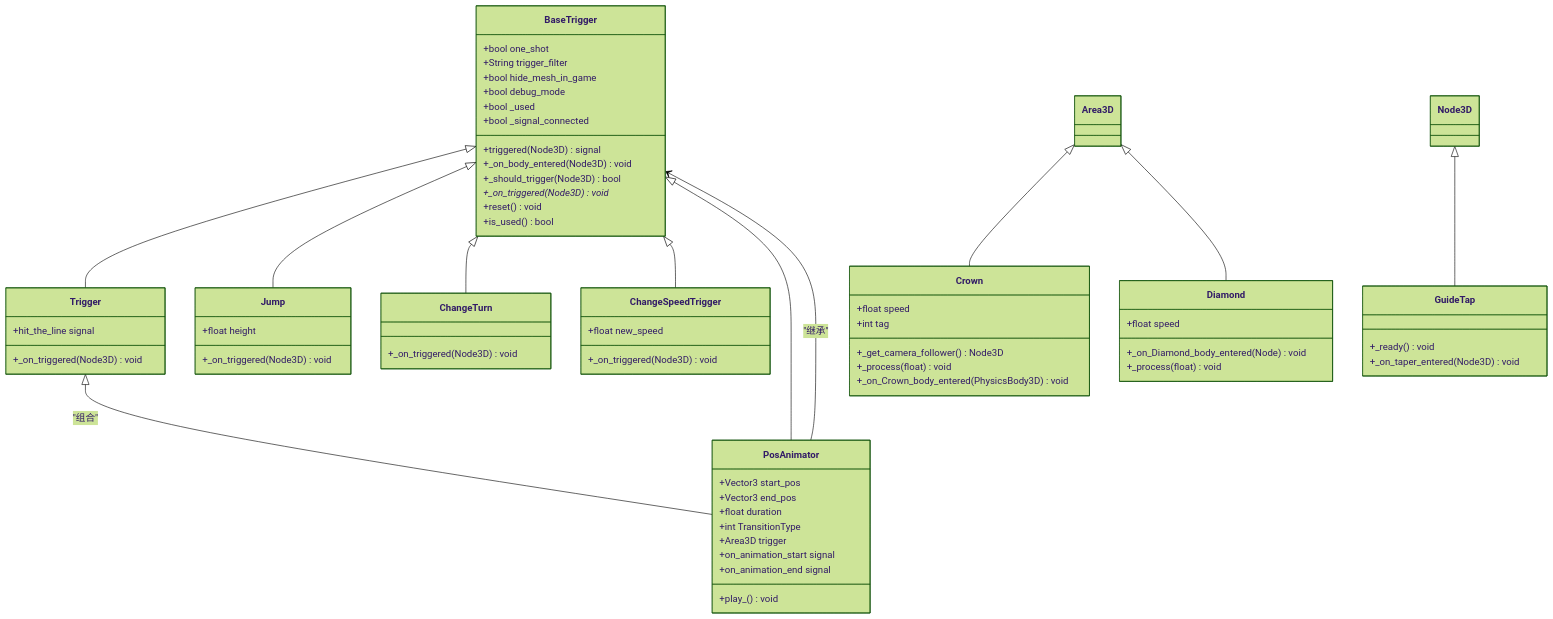
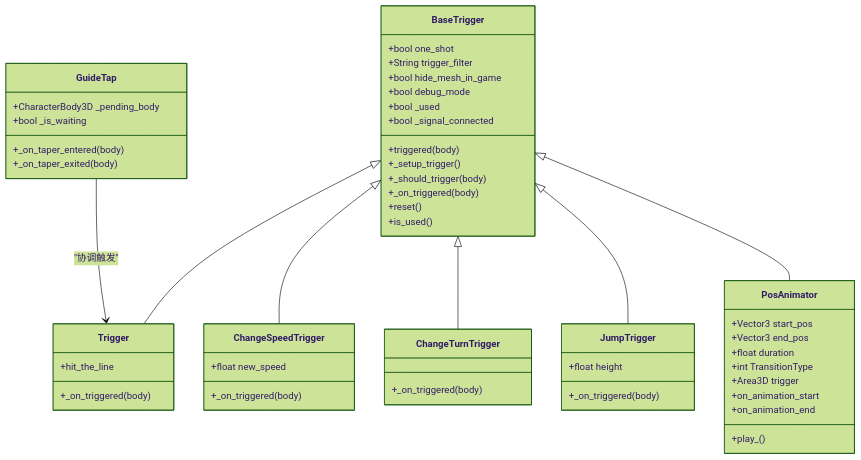
Before and after one commit to godotline/godot-line: the second of 7 diagrams in .qoder/repowiki/zh/content/游戏系统/触发器系统/引导触发器.md, drawn with Mermaid (forest theme). The commit also changed other lines of this file and 212 other files, not shown here.

````diff
--- a/.qoder/repowiki/zh/content/游戏系统/触发器系统/引导触发器.md
+++ b/.qoder/repowiki/zh/content/游戏系统/触发器系统/引导触发器.md
@@ -120,68 +122,54 @@
 ```mermaid
 classDiagram
 class BaseTrigger {
 +bool one_shot
 +String trigger_filter
 +bool hide_mesh_in_game
 +bool debug_mode
 +bool _used
 +bool _signal_connected
-+triggered(Node3D) signal
-+_on_body_entered(Node3D) void
-+_should_trigger(Node3D) bool
-+_on_triggered(Node3D) void*
-+reset() void
-+is_used() bool
++triggered(body)
++_setup_trigger()
++_should_trigger(body)
++_on_triggered(body)
++reset()
++is_used()
 }
 class Trigger {
-+hit_the_line signal
-+_on_triggered(Node3D) void
-}
-class Jump {
-+float height
-+_on_triggered(Node3D) void
-}
-class ChangeTurn {
-+_on_triggered(Node3D) void
++hit_the_line
++_on_triggered(body)
 }
 class ChangeSpeedTrigger {
 +float new_speed
-+_on_triggered(Node3D) void
++_on_triggered(body)
 }
-class Crown {
-+float speed
-+int tag
-+_get_camera_follower() Node3D
-+_process(float) void
-+_on_Crown_body_entered(PhysicsBody3D) void
+class ChangeTurnTrigger {
++_on_triggered(body)
 }
-class Diamond {
-+float speed
-+_on_Diamond_body_entered(Node) void
-+_process(float) void
+class JumpTrigger {
++float height
++_on_triggered(body)
 }
 class PosAnimator {
 +Vector3 start_pos
 +Vector3 end_pos
 +float duration
 +int TransitionType
 +Area3D trigger
-+on_animation_start signal
-+on_animation_end signal
-+play_() void
++on_animation_start
++on_animation_end
++play_()
 }
 class GuideTap {
-+_ready() void
-+_on_taper_entered(Node3D) void
++CharacterBody3D _pending_body
++bool _is_waiting
++_on_taper_entered(body)
++_on_taper_exited(body)
 }
 BaseTrigger <|-- Trigger
-BaseTrigger <|-- Jump
-BaseTrigger <|-- ChangeTurn
 BaseTrigger <|-- ChangeSpeedTrigger
+BaseTrigger <|-- ChangeTurnTrigger
+BaseTrigger <|-- JumpTrigger
 BaseTrigger <|-- PosAnimator
-Area3D <|-- Crown
-Area3D <|-- Diamond
-Node3D <|-- GuideTap
-PosAnimator --> BaseTrigger : "继承"
-Trigger <|-- PosAnimator : "组合"
+GuideTap --> Trigger : "协调触发"
 ```
````
